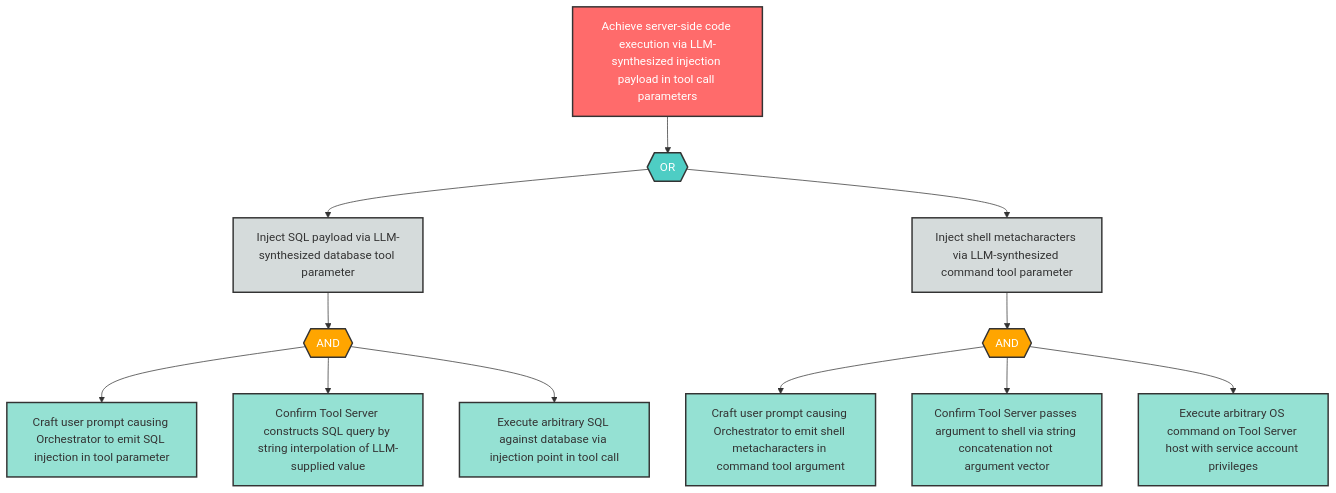
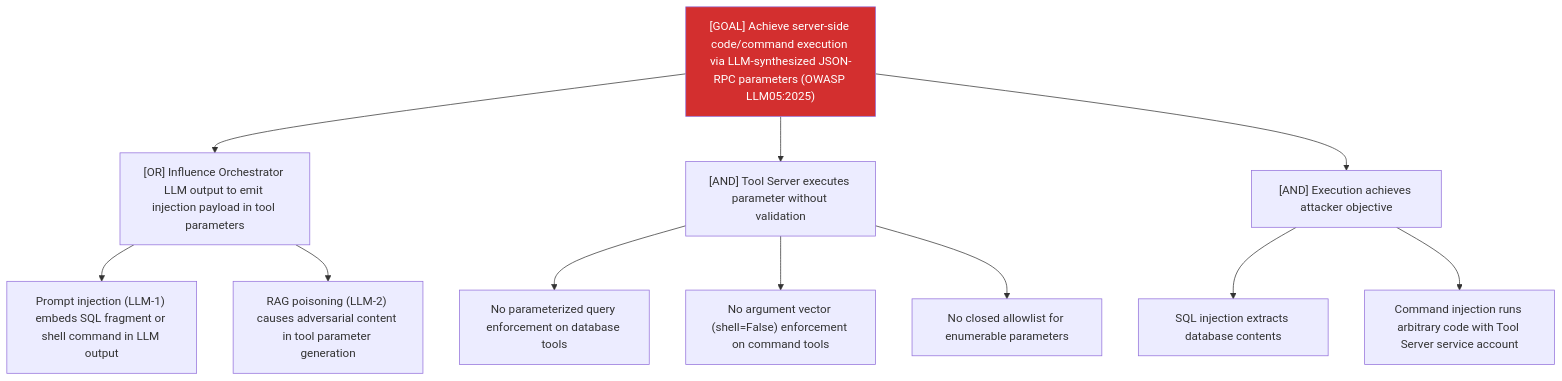
The diagram in examples/agentic-app/sample-report/attack-trees/llm-6-attack-tree.md (q-qp-p/davidmatousek-tachi), drawn with Mermaid before and after one commit. The commit also changed other lines of this file and 132 other files, not shown here.

````diff
--- a/examples/agentic-app/sample-report/attack-trees/llm-6-attack-tree.md
+++ b/examples/agentic-app/sample-report/attack-trees/llm-6-attack-tree.md
@@ -8,39 +7,16 @@
 ```mermaid
-flowchart TD
-    LLM6_root["Achieve server-side code execution via LLM-synthesized injection payload in tool call parameters"]
-    LLM6_or1{{"OR"}}
-    LLM6_sub1["Inject SQL payload via LLM-synthesized database tool parameter"]
-    LLM6_sub2["Inject shell metacharacters via LLM-synthesized command tool parameter"]
-    LLM6_and1{{"AND"}}
-    LLM6_leaf1["Craft user prompt causing Orchestrator to emit SQL injection in tool parameter"]
-    LLM6_leaf2["Confirm Tool Server constructs SQL query by string interpolation of LLM-supplied value"]
-    LLM6_leaf3["Execute arbitrary SQL against database via injection point in tool call"]
-    LLM6_and2{{"AND"}}
-    LLM6_leaf4["Craft user prompt causing Orchestrator to emit shell metacharacters in command tool argument"]
-    LLM6_leaf5["Confirm Tool Server passes argument to shell via string concatenation not argument vector"]
-    LLM6_leaf6["Execute arbitrary OS command on Tool Server host with service account privileges"]
-
-    LLM6_root --> LLM6_or1
-    LLM6_or1 --> LLM6_sub1
-    LLM6_or1 --> LLM6_sub2
-    LLM6_sub1 --> LLM6_and1
-    LLM6_and1 --> LLM6_leaf1
-    LLM6_and1 --> LLM6_leaf2
-    LLM6_and1 --> LLM6_leaf3
-    LLM6_sub2 --> LLM6_and2
-    LLM6_and2 --> LLM6_leaf4
-    LLM6_and2 --> LLM6_leaf5
-    LLM6_and2 --> LLM6_leaf6
-
-    classDef goal fill:#ff6b6b,stroke:#333,stroke-width:2px,color:#fff
-    classDef andGate fill:#ffa500,stroke:#333,stroke-width:2px,color:#fff
-    classDef orGate fill:#4ecdc4,stroke:#333,stroke-width:2px,color:#fff
-    classDef subGoal fill:#d5dbdb,stroke:#333,stroke-width:2px,color:#333
-    classDef leaf fill:#95e1d3,stroke:#333,stroke-width:2px,color:#333
-
-    class LLM6_root goal
-    class LLM6_or1 orGate
-    class LLM6_and1,LLM6_and2 andGate
-    class LLM6_sub1,LLM6_sub2 subGoal
-    class LLM6_leaf1,LLM6_leaf2,LLM6_leaf3,LLM6_leaf4,LLM6_leaf5,LLM6_leaf6 leaf
+graph TD
+    Goal["[GOAL] Achieve server-side code/command execution via LLM-synthesized JSON-RPC parameters (OWASP LLM05:2025)"]
+    Goal --> A["[OR] Influence Orchestrator LLM output to emit injection payload in tool parameters"]
+    A --> A1["Prompt injection (LLM-1) embeds SQL fragment or shell command in LLM output"]
+    A --> A2["RAG poisoning (LLM-2) causes adversarial content in tool parameter generation"]
+    Goal --> B["[AND] Tool Server executes parameter without validation"]
+    B --> B1["No parameterized query enforcement on database tools"]
+    B --> B2["No argument vector (shell=False) enforcement on command tools"]
+    B --> B3["No closed allowlist for enumerable parameters"]
+    Goal --> C["[AND] Execution achieves attacker objective"]
+    C --> C1["SQL injection extracts database contents"]
+    C --> C2["Command injection runs arbitrary code with Tool Server service account"]
+    classDef critical fill:#d32f2f,color:#fff
+    class Goal critical
 ```
````
